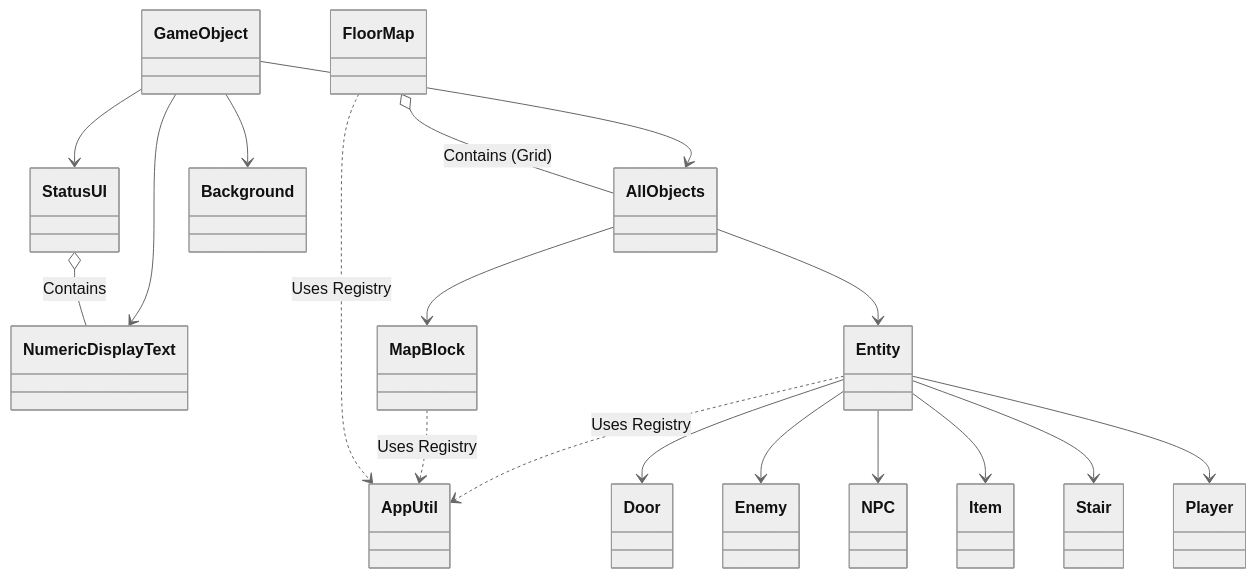
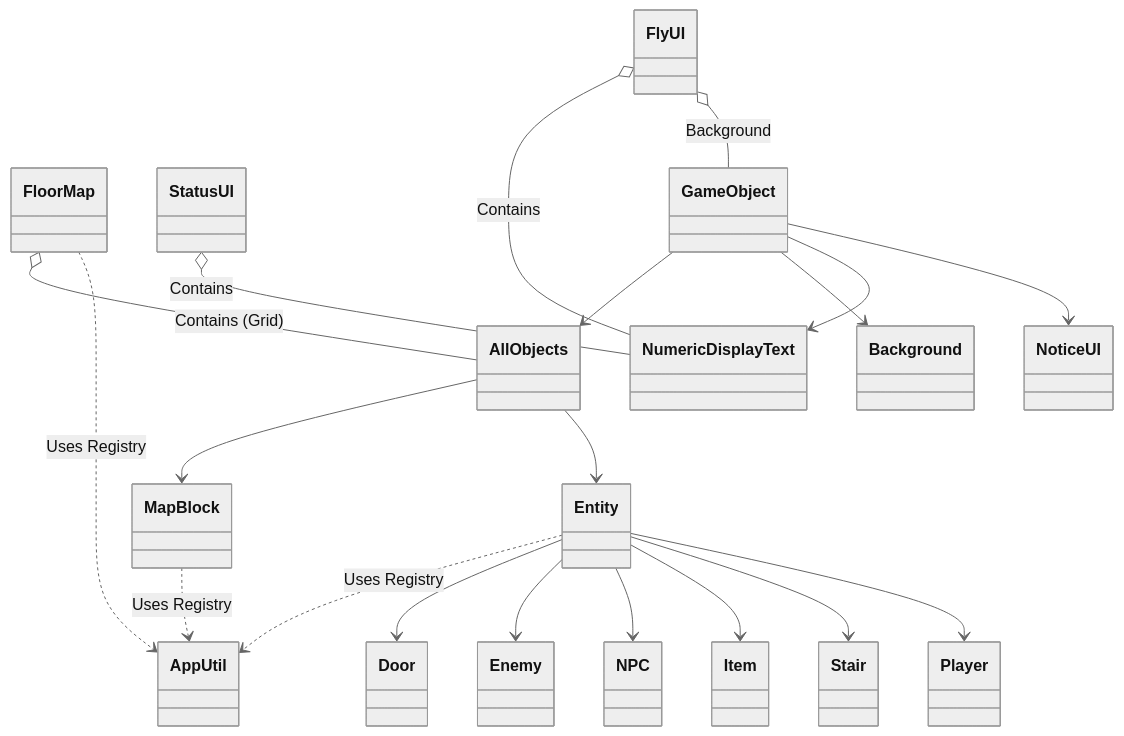
The diagram in Constructure.md (XWJWPIY/schoolwork_recreate_magic_tower), drawn with Mermaid (neutral theme) before and after one commit. The commit also changed other lines of this file and 11 other files, not shown here.

````diff
--- a/Constructure.md
+++ b/Constructure.md
@@ -3,27 +3,29 @@
 ```mermaid
 classDiagram
     %% 包含關係 (Containment)
     FloorMap o-- AllObjects : Contains (Grid)
     StatusUI o-- NumericDisplayText : Contains
+    FlyUI o-- NumericDisplayText : Contains
+    FlyUI o-- GameObject : Background
 
     %% 依賴關係 (Dependency)
     FloorMap ..> AppUtil : Uses Registry
     MapBlock ..> AppUtil : Uses Registry
     Entity ..> AppUtil : Uses Registry
 
     %% 繼承關係 (Inheritance)
     GameObject --> AllObjects
     GameObject --> Background
     GameObject --> NumericDisplayText
-    GameObject --> StatusUI
+    GameObject --> NoticeUI
     
     AllObjects --> MapBlock
     AllObjects --> Entity
     
     Entity --> Door
     Entity --> Enemy
     Entity --> NPC
     Entity --> Item
     Entity --> Stair
     Entity --> Player
 ```
````
